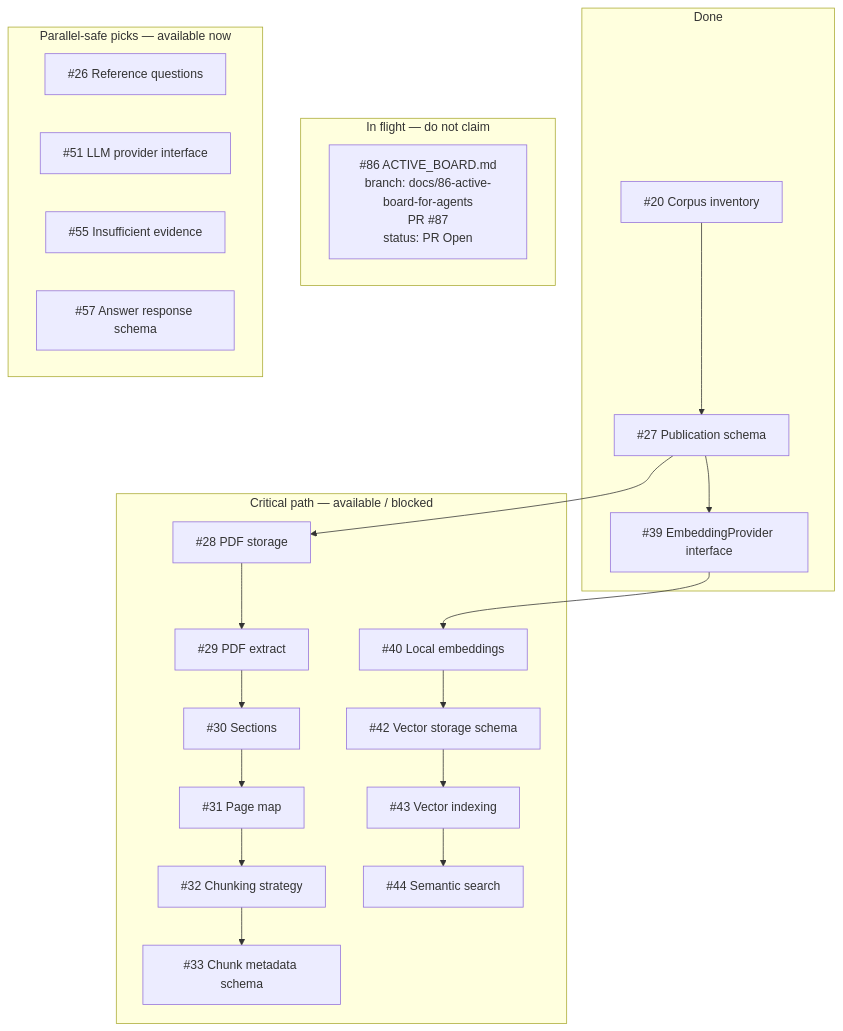
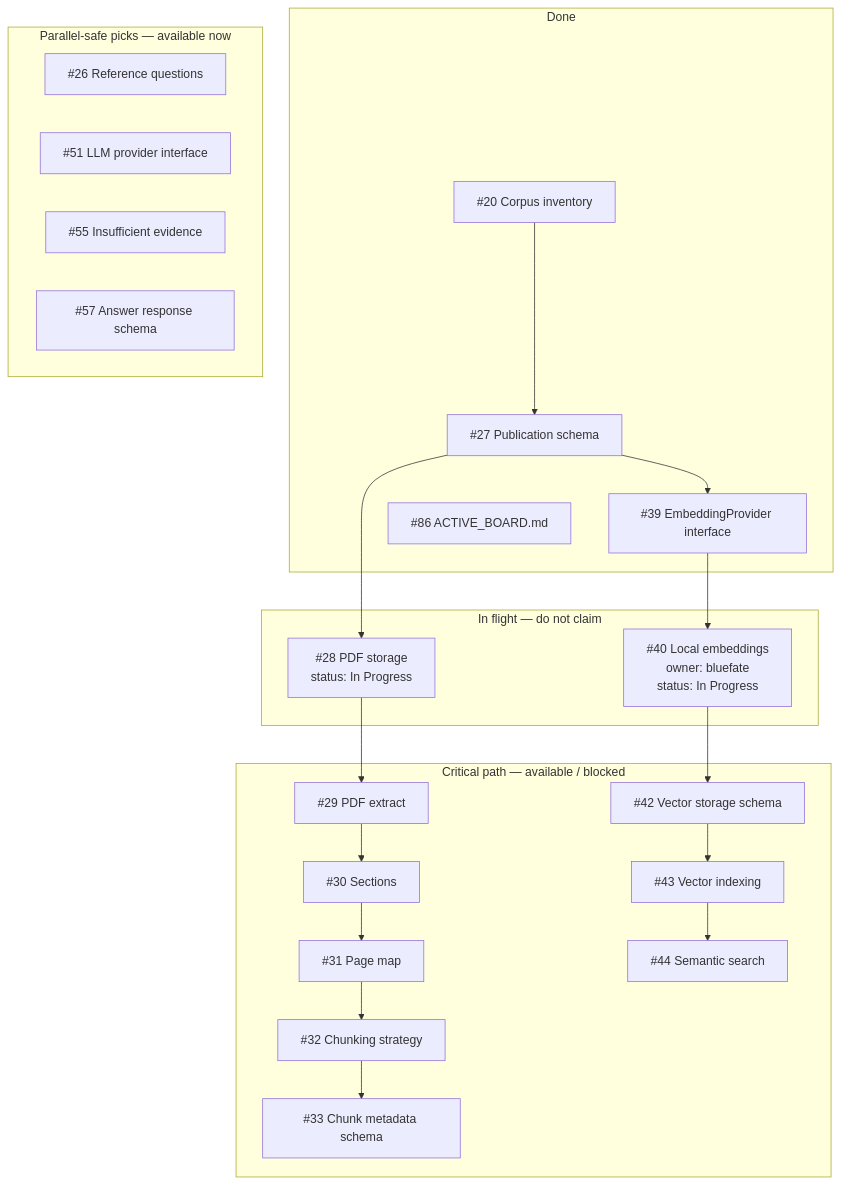
Before and after one commit to bluefate/spacebio-evidence-engine: the diagram in docs/development/ACTIVE_BOARD.md, drawn with Mermaid. The commit also changed other lines of this file and 7 other files, not shown here.

````diff
--- a/docs/development/ACTIVE_BOARD.md
+++ b/docs/development/ACTIVE_BOARD.md
@@ -61,41 +61,41 @@
 ```mermaid
 flowchart TB
   subgraph done [Done]
     i20["#20 Corpus inventory"]
     i27["#27 Publication schema"]
     i39["#39 EmbeddingProvider interface"]
+    i86["#86 ACTIVE_BOARD.md"]
   end
   subgraph inflight [In flight — do not claim]
-    i86["#86 ACTIVE_BOARD.md<br/>branch: docs/86-active-board-for-agents<br/>PR #87<br/>status: PR Open"]
+    i28["#28 PDF storage<br/>status: In Progress"]
+    i40["#40 Local embeddings<br/>owner: bluefate<br/>status: In Progress"]
   end
   subgraph nextCritical [Critical path — available / blocked]
-    i28["#28 PDF storage"]
     i29["#29 PDF extract"]
     i30["#30 Sections"]
     i31["#31 Page map"]
     i32["#32 Chunking strategy"]
     i33["#33 Chunk metadata schema"]
-    i40["#40 Local embeddings"]
     i42["#42 Vector storage schema"]
     i43["#43 Vector indexing"]
     i44["#44 Semantic search"]
   end
   subgraph nextParallel [Parallel-safe picks — available now]
     i26["#26 Reference questions"]
     i51["#51 LLM provider interface"]
     i55["#55 Insufficient evidence"]
     i57["#57 Answer response schema"]
   end
   i20 --> i27
   i27 --> i28
   i28 --> i29
   i29 --> i30
   i30 --> i31
   i31 --> i32
   i32 --> i33
   i27 --> i39
   i39 --> i40
   i40 --> i42
   i42 --> i43
   i43 --> i44
 ```
````
